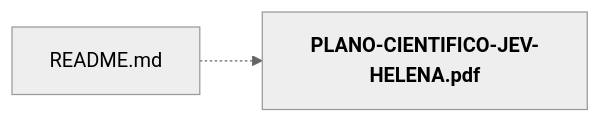
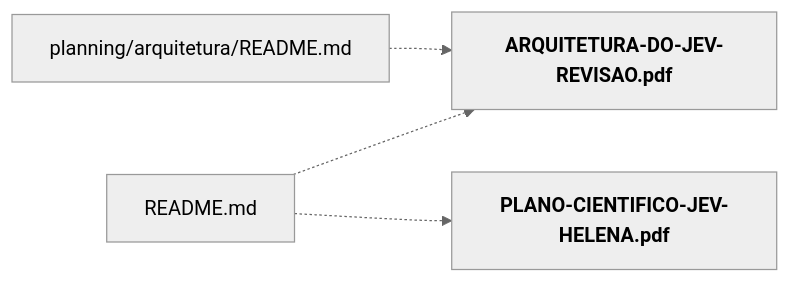
Before and after one commit to igormorais123/JEV: the diagram in mapa/pastas/output__pdf.md, drawn with Mermaid (neutral theme). The commit also changed other lines of this file and 109 other files, not shown here.

Commit message:
Integra material de arquitetura INTEIA, referências e ferramentas JEV

````diff
--- a/mapa/pastas/output__pdf.md
+++ b/mapa/pastas/output__pdf.md
@@ -20,6 +21,10 @@
 ```mermaid
 flowchart LR
   n_README_md["README.md"]
+  n_output_pdf_ARQUITETURA_DO_JEV_REVISAO_pdf["<b>ARQUITETURA-DO-JEV-REVISAO.pdf</b>"]
   n_output_pdf_PLANO_CIENTIFICO_JEV_HELENA_pdf["<b>PLANO-CIENTIFICO-JEV-HELENA.pdf</b>"]
+  n_planning_arquitetura_README_md["planning/arquitetura/README.md"]
+  n_README_md -.-> n_output_pdf_ARQUITETURA_DO_JEV_REVISAO_pdf
   n_README_md -.-> n_output_pdf_PLANO_CIENTIFICO_JEV_HELENA_pdf
+  n_planning_arquitetura_README_md -.-> n_output_pdf_ARQUITETURA_DO_JEV_REVISAO_pdf
 ```
````
